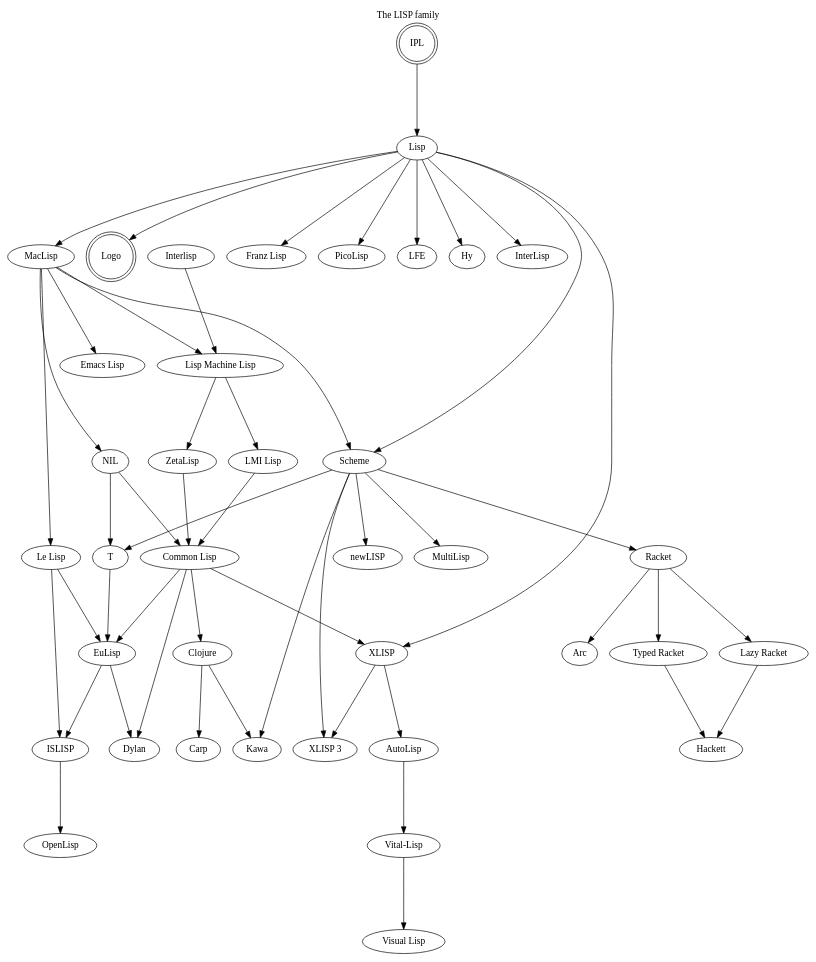
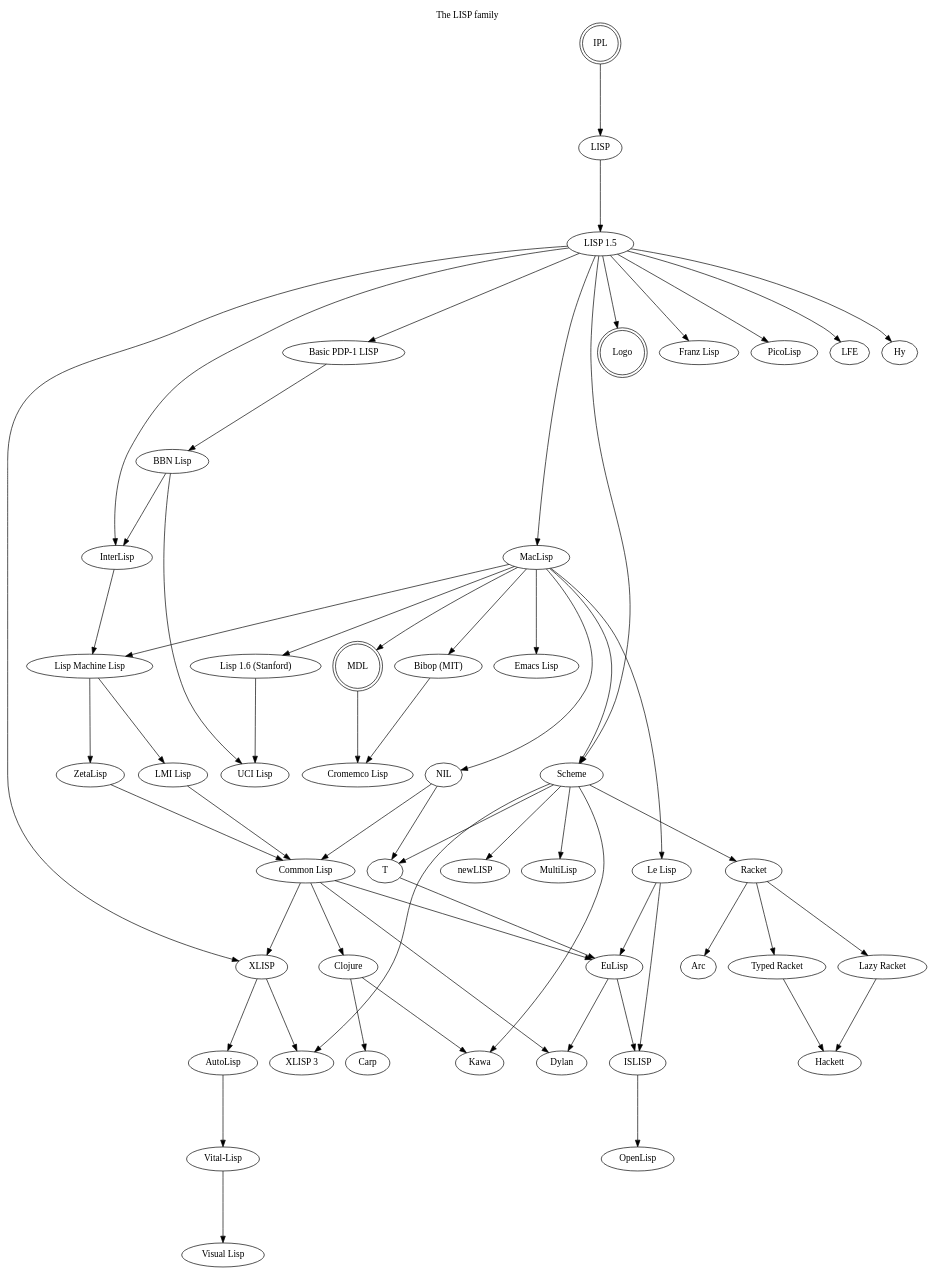
The diagram in lisp.gv (fogus/lang-genealogy), drawn with Graphviz before and after one commit.

Commit message:
Added the Cromemco subtree

```diff
--- a/lisp.gv
+++ b/lisp.gv
@@ -1,51 +1,64 @@
 # -*- graphviz-dot -*-
 digraph FP
 {
 	graph[ranksep=1.5,
 	      ratio="expand",
 	      concentrate=false,
 	      rank=new,
 	      constraint=true,
 	      label="The LISP family",
 	      labelloc=t,
 	      splines=true];
 
 	// Entry and exit nodes from/into other languages are doublecircle formatted.
+	// Any changes should render on http://www.webgraphviz.com
 
-	"IPL" -> "Lisp";
+	"IPL" -> "LISP";
 	"IPL" [shape = doublecircle];
-	"Lisp" -> "InterLisp";
-	"Lisp" -> "MacLisp";
+	"LISP" -> "LISP 1.5";
+	"LISP 1.5" -> "InterLisp";
+	"LISP 1.5" -> "MacLisp";
+	"LISP 1.5" -> "Basic PDP-1 LISP";
 	"MacLisp" -> "Lisp Machine Lisp";
-	"Interlisp" -> "Lisp Machine Lisp";
+	"MacLisp" -> "Bibop (MIT)";
+	"MacLisp" -> "Lisp 1.6 (Stanford)";
+	"Lisp 1.6 (Stanford)" -> "UCI Lisp";
+	"Basic PDP-1 LISP" -> "BBN Lisp";
+	"BBN Lisp" -> "UCI Lisp";
+	"BBN Lisp" -> "InterLisp";
+	"InterLisp" -> "Lisp Machine Lisp";
 	"Lisp Machine Lisp" -> "ZetaLisp";
 	"Lisp Machine Lisp" -> "LMI Lisp";
 	"ZetaLisp" -> "Common Lisp";
 	"LMI Lisp" -> "Common Lisp";
 	"MacLisp" -> "Scheme" -> "MultiLisp";
-	"Lisp" -> "XLISP" -> "AutoLisp" -> "Vital-Lisp";
+	"MacLisp" -> "MDL";
+	"MDL" -> "Cromemco Lisp";
+	"MDL" [shape = doublecircle];
+	"Bibop (MIT)" -> "Cromemco Lisp";
+	"LISP 1.5" -> "XLISP" -> "AutoLisp" -> "Vital-Lisp";
 	"Vital-Lisp" -> "Visual Lisp";
 	"Common Lisp" -> "XLISP" -> "XLISP 3";
 	"Scheme" -> "XLISP 3";
 	"MacLisp" -> "Emacs Lisp";
 	"MacLisp" -> "NIL" -> "Common Lisp" -> "Dylan";
 	"NIL" -> "T";
 	"Scheme" -> "Kawa";
 	"Common Lisp" -> "Clojure" -> "Kawa";
 	"Scheme" -> "newLISP";
-	"Lisp" -> "Logo";
+	"LISP 1.5" -> "Logo";
 	"Logo" [shape = doublecircle];
-	"Lisp" -> "Franz Lisp";
-	"Lisp" -> "Scheme" -> "T";
-	"Lisp" -> "PicoLisp";
-	"Lisp" -> "LFE";
-	"Lisp" -> "Hy";
+	"LISP 1.5" -> "Franz Lisp";
+	"LISP 1.5" -> "Scheme" -> "T";
+	"LISP 1.5" -> "PicoLisp";
+	"LISP 1.5" -> "LFE";
+	"LISP 1.5" -> "Hy";
 	"Scheme" -> "Racket" -> "Arc";
 	"Racket" -> "Typed Racket" -> "Hackett";
 	"Racket" -> "Lazy Racket" -> "Hackett";
 	"Clojure" -> "Carp";
 	"MacLisp" -> "Le Lisp" -> "EuLisp";
 	"Le Lisp" -> "ISLISP";
 	"Common Lisp" -> "EuLisp" -> "Dylan";
 	"T" -> "EuLisp" -> "ISLISP" -> "OpenLisp";
 }
```
